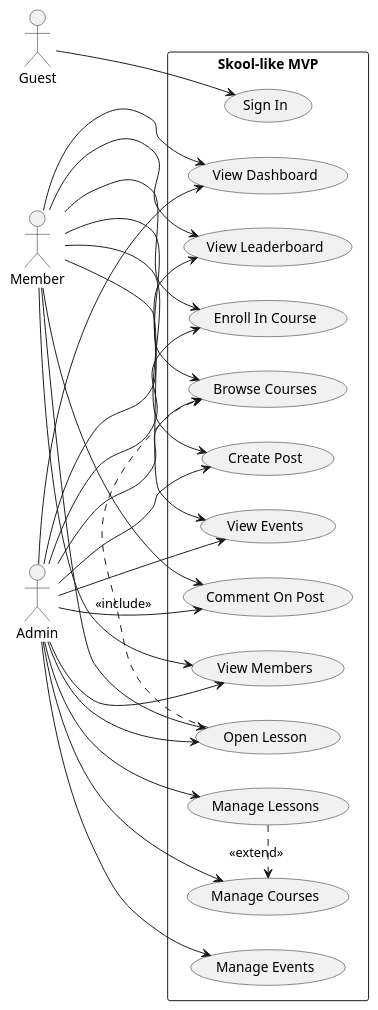
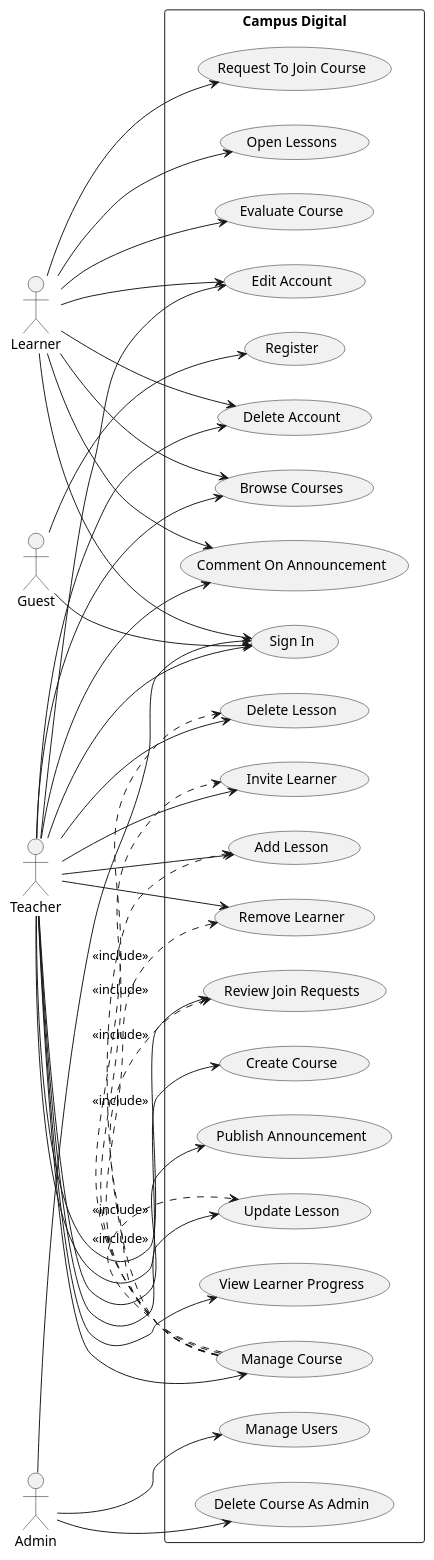
Before and after one commit to mohammedJaffal/skool: the first of 10 diagrams in docs/SOFTWARE_CONCEPTION.md, drawn with PlantUML. The commit also changed other lines of this file and 2 other files, not shown here.

Commit message:
Align software conception with UML reference PDF

````diff
--- a/docs/SOFTWARE_CONCEPTION.md
+++ b/docs/SOFTWARE_CONCEPTION.md
@@ -515,51 +637,73 @@
 ```plantuml
 @startuml
 left to right direction
 
 actor Guest
-actor Member
+actor Learner
+actor Teacher
 actor Admin
 
-rectangle "Skool-like MVP" {
+rectangle "Campus Digital" {
   usecase "Sign In" as UC1
-  usecase "View Dashboard" as UC2
-  usecase "Browse Courses" as UC3
-  usecase "Open Lesson" as UC4
-  usecase "Enroll In Course" as UC5
-  usecase "Create Post" as UC6
-  usecase "Comment On Post" as UC7
-  usecase "View Members" as UC8
-  usecase "View Events" as UC9
-  usecase "View Leaderboard" as UC10
-  usecase "Manage Courses" as UC11
-  usecase "Manage Lessons" as UC12
-  usecase "Manage Events" as UC13
+  usecase "Register" as UC2
+  usecase "Edit Account" as UC3
+  usecase "Delete Account" as UC4
+  usecase "Browse Courses" as UC5
+  usecase "Request To Join Course" as UC6
+  usecase "Open Lessons" as UC7
+  usecase "Comment On Announcement" as UC8
+  usecase "Evaluate Course" as UC9
+  usecase "Create Course" as UC10
+  usecase "Manage Course" as UC11
+  usecase "Add Lesson" as UC12
+  usecase "Update Lesson" as UC13
+  usecase "Delete Lesson" as UC14
+  usecase "Invite Learner" as UC15
+  usecase "Remove Learner" as UC16
+  usecase "Review Join Requests" as UC17
+  usecase "Publish Announcement" as UC18
+  usecase "View Learner Progress" as UC19
+  usecase "Manage Users" as UC20
+  usecase "Delete Course As Admin" as UC21
 }
 
 Guest --> UC1
-Member --> UC2
-Member --> UC3
-Member --> UC4
-Member --> UC5
-Member --> UC6
-Member --> UC7
-Member --> UC8
-Member --> UC9
-Member --> UC10
-Admin --> UC2
-Admin --> UC3
-Admin --> UC4
-Admin --> UC5
-Admin --> UC6
-Admin --> UC7
-Admin --> UC8
-Admin --> UC9
-Admin --> UC10
-Admin --> UC11
-Admin --> UC12
-Admin --> UC13
+Guest --> UC2
 
-UC4 .> UC3 : <<include>>
-UC12 .> UC11 : <<extend>>
+Learner --> UC1
+Learner --> UC3
+Learner --> UC4
+Learner --> UC5
+Learner --> UC6
+Learner --> UC7
+Learner --> UC8
+Learner --> UC9
+
+Teacher --> UC1
+Teacher --> UC3
+Teacher --> UC4
+Teacher --> UC5
+Teacher --> UC8
+Teacher --> UC10
+Teacher --> UC11
+Teacher --> UC12
+Teacher --> UC13
+Teacher --> UC14
+Teacher --> UC15
+Teacher --> UC16
+Teacher --> UC17
+Teacher --> UC18
+Teacher --> UC19
+
+Admin --> UC1
+Admin --> UC20
+Admin --> UC21
+
+UC11 .> UC12 : <<include>>
+UC11 .> UC13 : <<include>>
+UC11 .> UC14 : <<include>>
+UC11 .> UC15 : <<include>>
+UC11 .> UC16 : <<include>>
+UC11 .> UC17 : <<include>>
 @enduml
 ```
````
